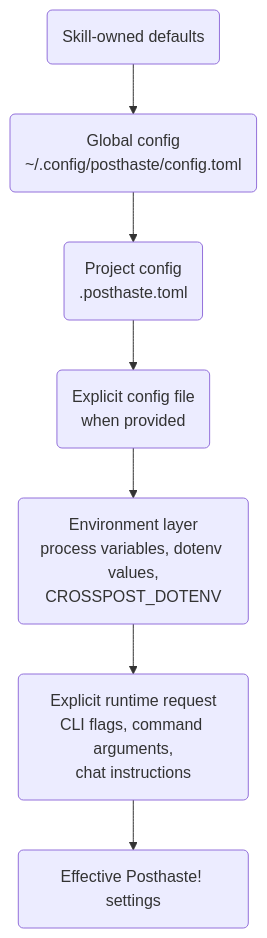
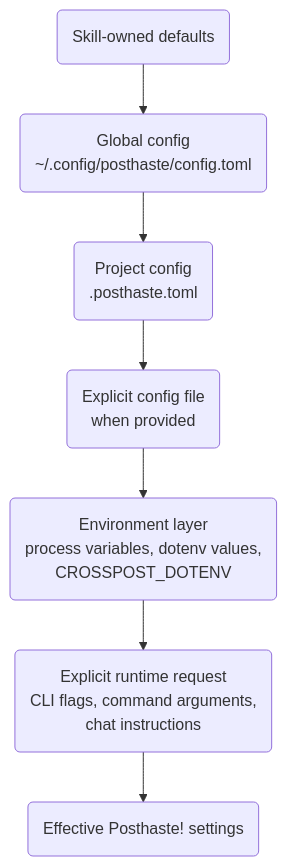
The diagram in README.md (davidsneighbour/posthaste), drawn with Mermaid before and after one commit. The commit also changed other lines of this file, not shown here.

````diff
--- a/README.md
+++ b/README.md
@@ -53,12 +53,17 @@
 ```mermaid
+---
+config:
+  flowchart:
+    wrappingWidth: 320
+---
 flowchart TD
   defaults("Skill-owned defaults")
   global("Global config<br/>~/.config/posthaste/config.toml")
   project("Project config<br/>.posthaste.toml")
   explicitFile("Explicit config file<br/>when provided")
   environment("Environment layer<br/>process variables, dotenv values,<br/>CROSSPOST_DOTENV")
   request("Explicit runtime request<br/>CLI flags, command arguments,<br/>chat instructions")
   effective("Effective Posthaste! settings")
 
   defaults --> global --> project --> explicitFile --> environment --> request --> effective
 ```
````
